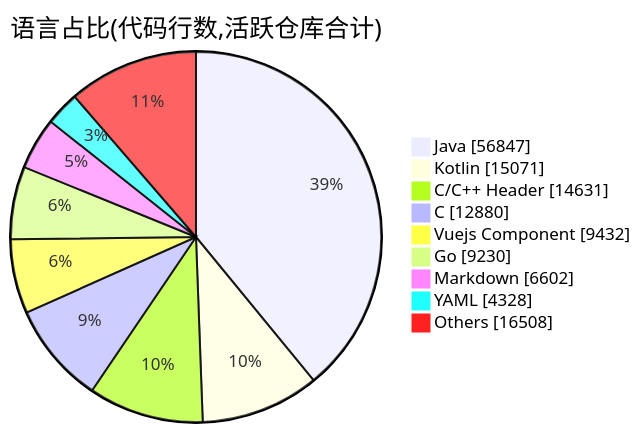
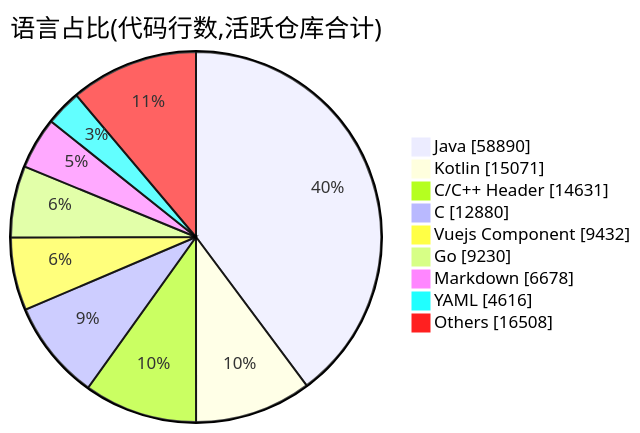
The second of 2 diagrams in profile/README.md (Conflux-Union/.github), drawn with Mermaid before and after one commit. The commit also changed other lines of this file and 1 other file, not shown here.

````diff
--- a/profile/README.md
+++ b/profile/README.md
@@ -74,13 +74,13 @@
 ```mermaid
 pie showData
     title 语言占比(代码行数,活跃仓库合计)
-    "Java" : 56847
+    "Java" : 58890
     "Kotlin" : 15071
     "C/C++ Header" : 14631
     "C" : 12880
     "Vuejs Component" : 9432
     "Go" : 9230
-    "Markdown" : 6602
-    "YAML" : 4328
+    "Markdown" : 6678
+    "YAML" : 4616
     "Others" : 16508
 ```
````
